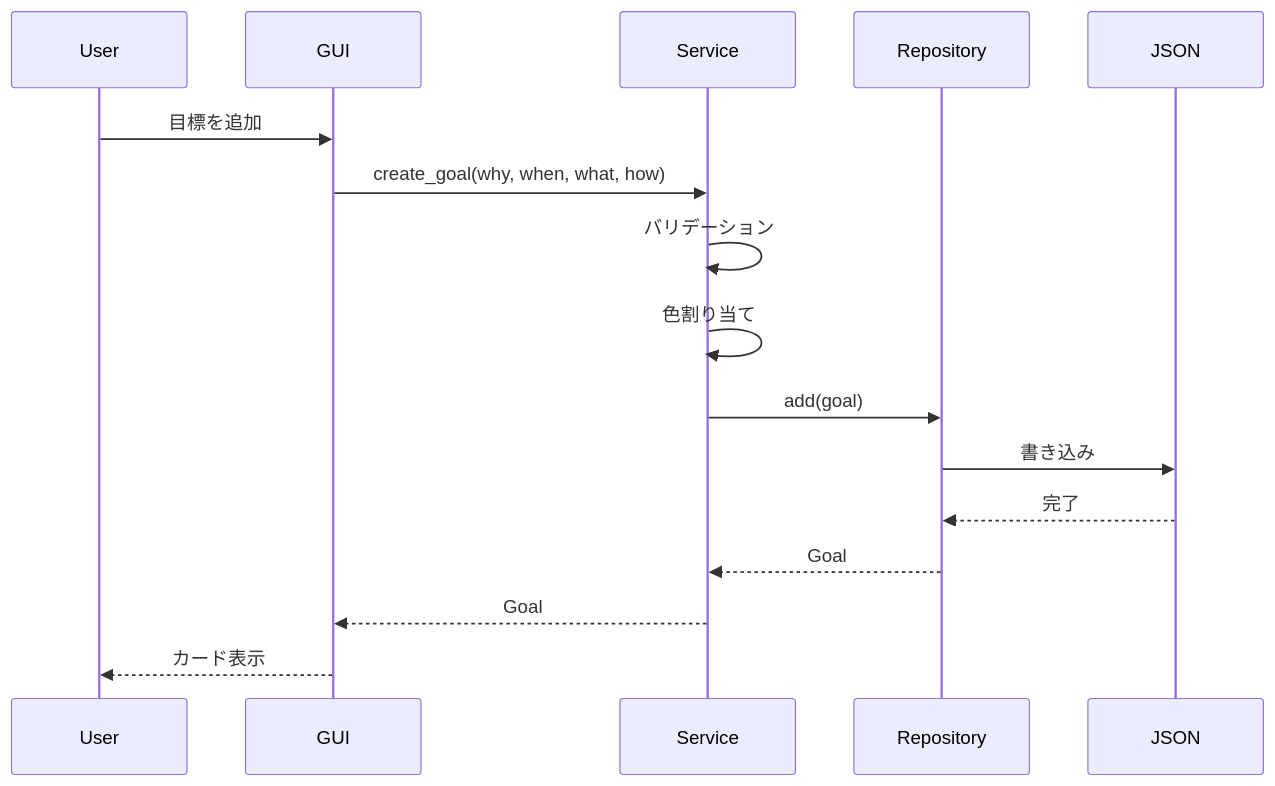
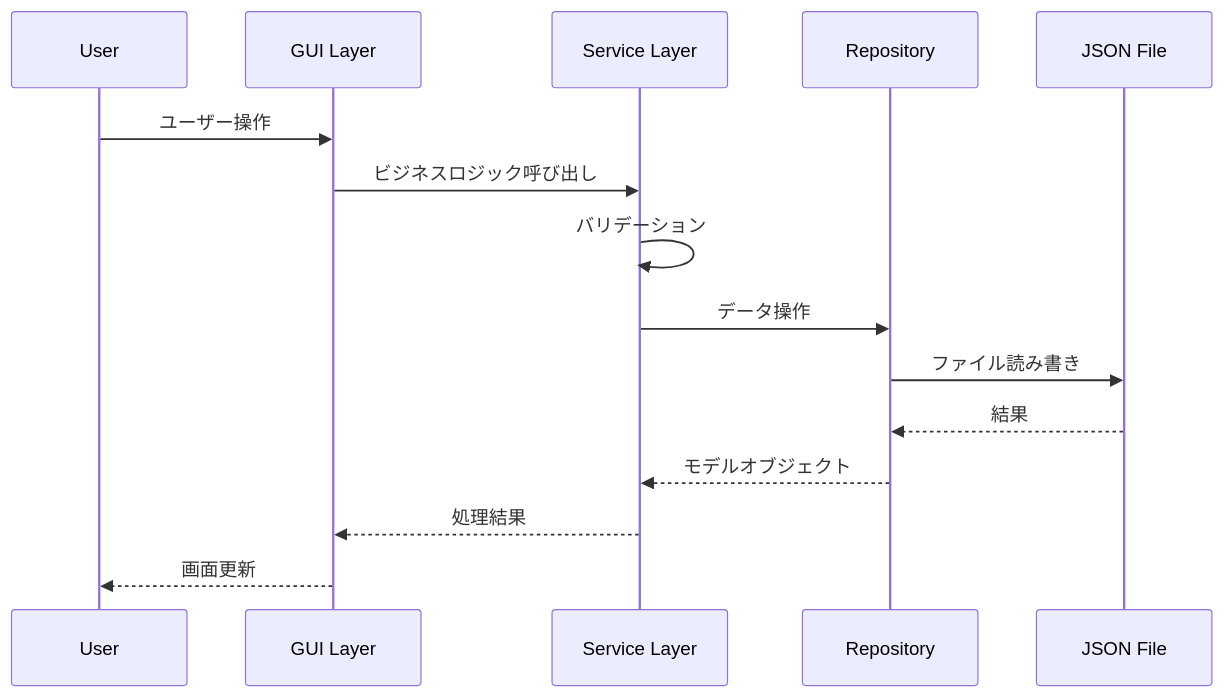
One commit to teppei19980914/StudyQualificationApplication changed the first of 4 diagrams in docs/design/architecture.md. Above: the diagram before and after it, drawn with Mermaid. The commit also changed other lines of this file and 18 other files, not shown here.

````diff
--- a/docs/design/architecture.md
+++ b/docs/design/architecture.md
@@ -233,19 +86,18 @@
 ```mermaid
 sequenceDiagram
     participant User
-    participant GUI
-    participant Service
-    participant Repository
-    participant JSON
+    participant GUI as GUI Layer
+    participant Service as Service Layer
+    participant Repo as Repository
+    participant JSON as JSON File
 
-    User->>GUI: 目標を追加
-    GUI->>Service: create_goal(why, when, what, how)
+    User->>GUI: ユーザー操作
+    GUI->>Service: ビジネスロジック呼び出し
     Service->>Service: バリデーション
-    Service->>Service: 色割り当て
-    Service->>Repository: add(goal)
-    Repository->>JSON: 書き込み
-    JSON-->>Repository: 完了
-    Repository-->>Service: Goal
-    Service-->>GUI: Goal
-    GUI-->>User: カード表示
+    Service->>Repo: データ操作
+    Repo->>JSON: ファイル読み書き
+    JSON-->>Repo: 結果
+    Repo-->>Service: モデルオブジェクト
+    Service-->>GUI: 処理結果
+    GUI-->>User: 画面更新
 ```
````
